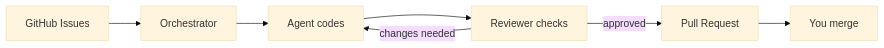
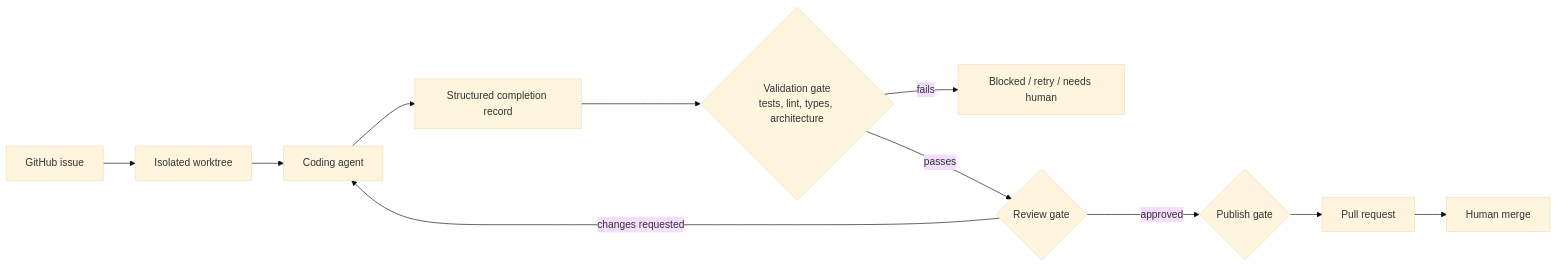
The first of 2 diagrams in README.md (issue-orchestrator/issue-orchestrator), drawn with Mermaid (base theme) before and after one commit. The commit also changed other lines of this file and 8 other files, not shown here.

Commit message:
Clarify orchestrator architecture contract

````diff
--- a/README.md
+++ b/README.md
@@ -27,9 +29,13 @@
 ```mermaid
 flowchart LR
-  ISS["GitHub Issues"] --> ORCH["Orchestrator"]
-  ORCH --> CODE["Agent codes"]
-  CODE --> REV["Reviewer checks"]
-  REV -->|changes needed| CODE
-  REV -->|approved| PR["Pull Request"]
-  PR --> YOU["You merge"]
+  ISS["GitHub issue"] --> WT["Isolated worktree"]
+  WT --> CODE["Coding agent"]
+  CODE --> DONE["Structured completion record"]
+  DONE --> VAL{"Validation gate<br/>tests, lint, types, architecture"}
+  VAL -->|fails| BLOCK["Blocked / retry / needs human"]
+  VAL -->|passes| REV{"Review gate"}
+  REV -->|changes requested| CODE
+  REV -->|approved| PUB{"Publish gate"}
+  PUB --> PR["Pull request"]
+  PR --> YOU["Human merge"]
 ```
````
